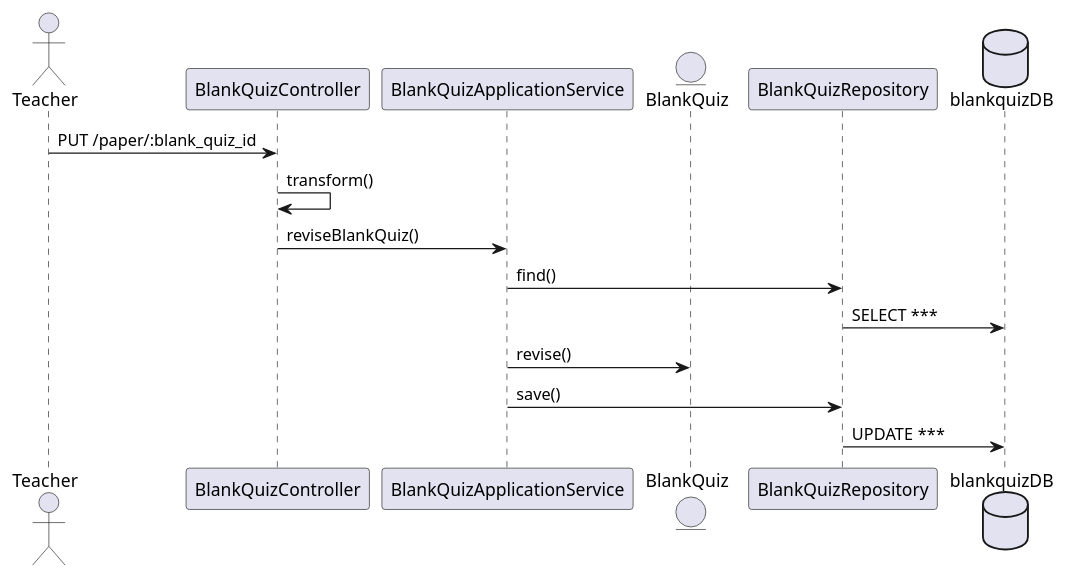
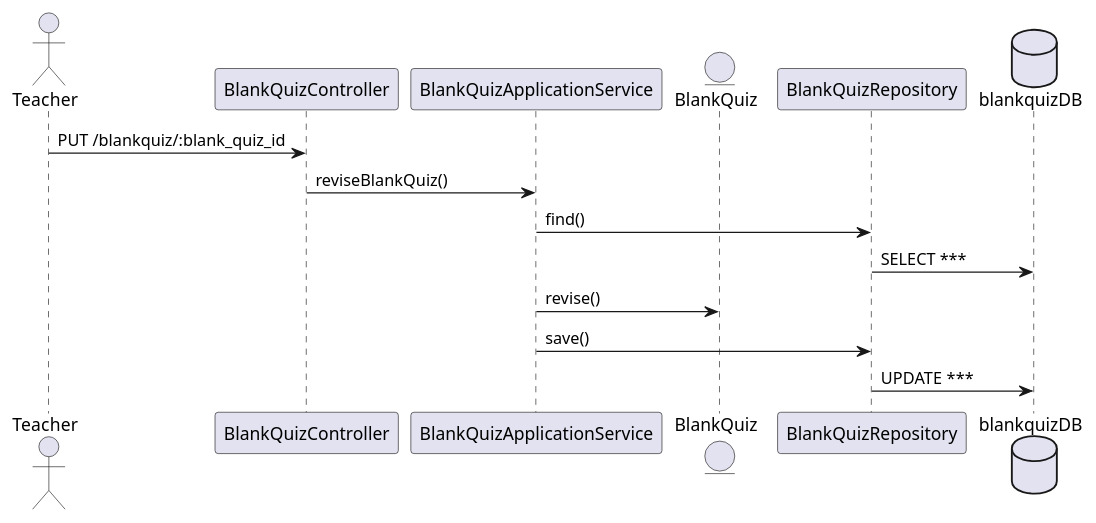
The diagram in design/blankquiz-seq-update.puml (DDD-Bootcamp/exam-plantform), drawn with PlantUML before and after one commit. The commit also changed 5 other files, not shown here.

Commit message:
remove blankQuizDto and add final modifier

```diff
--- a/design/blankquiz-seq-update.puml
+++ b/design/blankquiz-seq-update.puml
@@ -1,14 +1,13 @@
 @startuml
 actor Teacher
-Teacher -> BlankQuizController : PUT /paper/:blank_quiz_id
-BlankQuizController -> BlankQuizController: transform()
+Teacher -> BlankQuizController : PUT /blankquiz/:blank_quiz_id
 BlankQuizController -> BlankQuizApplicationService : reviseBlankQuiz()
 entity BlankQuiz
 BlankQuizApplicationService -> BlankQuizRepository: find()
 database blankquizDB
 BlankQuizRepository -> blankquizDB: SELECT ***
 BlankQuizApplicationService -> BlankQuiz : revise()
 BlankQuizApplicationService -> BlankQuizRepository: save()
 
 BlankQuizRepository -> blankquizDB: UPDATE ***
 @enduml
```
